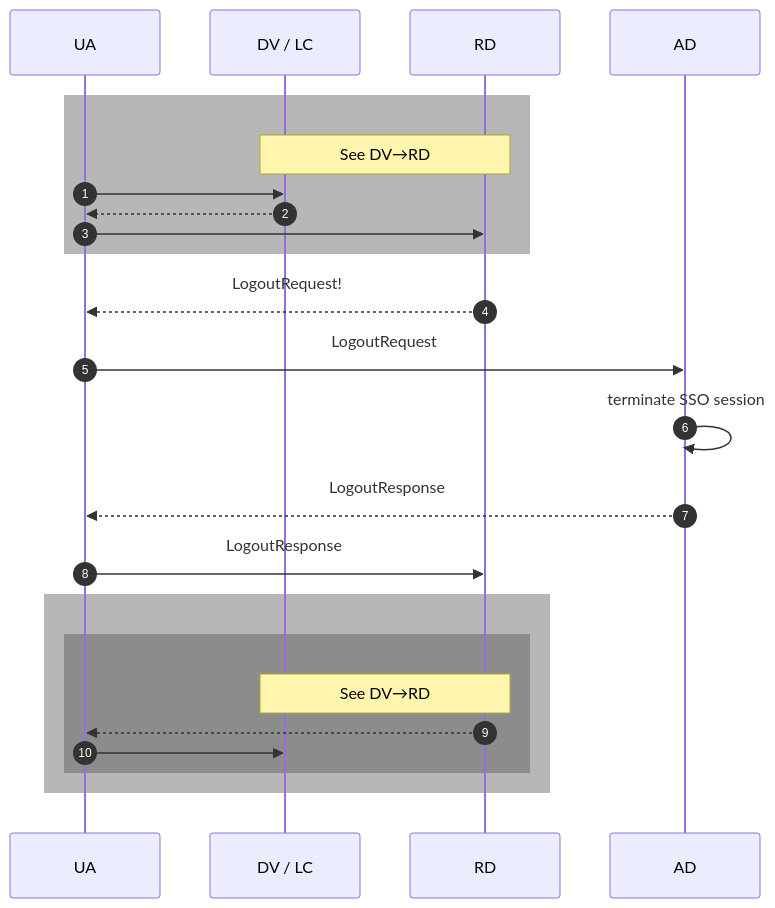
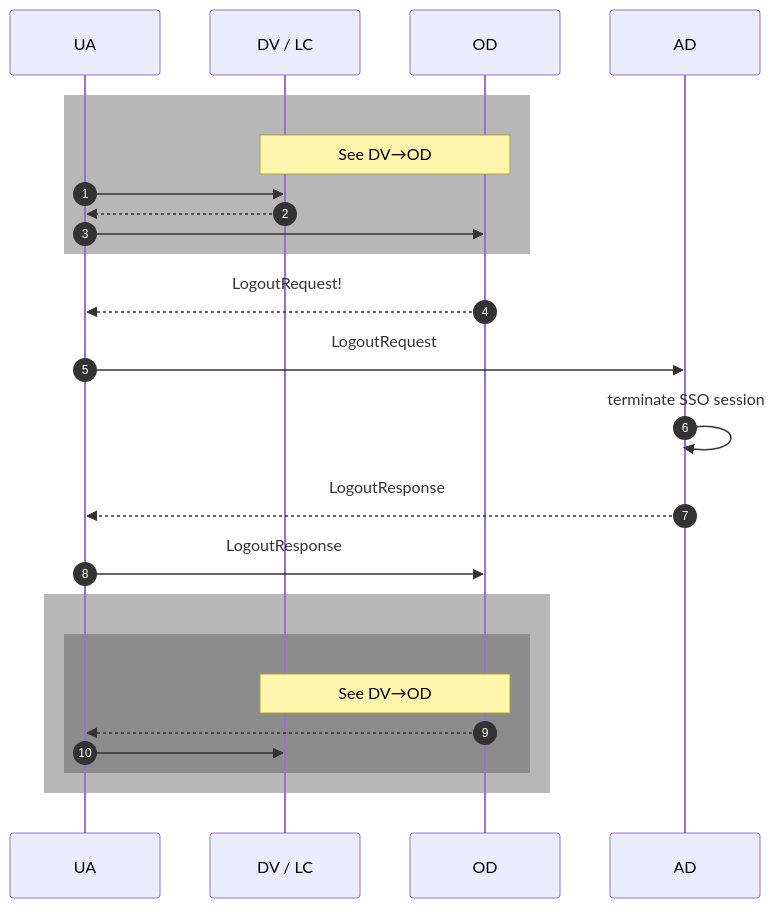
One commit to Logius-standaarden/st-saml-spec changed the diagram in media/saml-logout-rd-ad-bvd.mermaid. Above: the diagram before and after it, drawn with Mermaid. The commit also changed 31 other files, not shown here.

Commit message:
Use OD terminology throughout specification and diagrams

```diff
--- a/media/saml-logout-rd-ad-bvd.mermaid
+++ b/media/saml-logout-rd-ad-bvd.mermaid
@@ -1,28 +1,28 @@
 %%{init: {
     "themeVariables": {"fontSize": "24px"},
     "sequence": {"boxMargin": 20}
 }}%%
 sequenceDiagram
 autonumber
 participant A as UA
 participant B as DV / LC
-participant C as RD
+participant C as OD
 participant E as AD
 rect rgba(75, 75, 75,.4)
-    Note over B,C: See DV#8594;RD
+    Note over B,C: See DV#8594;OD
     A->>B:
     B-->>A:
     A->>C:
 end
 C-->>A: LogoutRequest!
 A->>E: LogoutRequest
 E->>E: terminate SSO session
 E-->>A: LogoutResponse
 A->>C: LogoutResponse
 rect rgba(75, 75, 75, .4)
 rect rgba(75, 75, 75, .4)
-    Note over B,C: See DV#8594;RD
+    Note over B,C: See DV#8594;OD
     C-->>A:
     A->>B:
 end
 end
```
